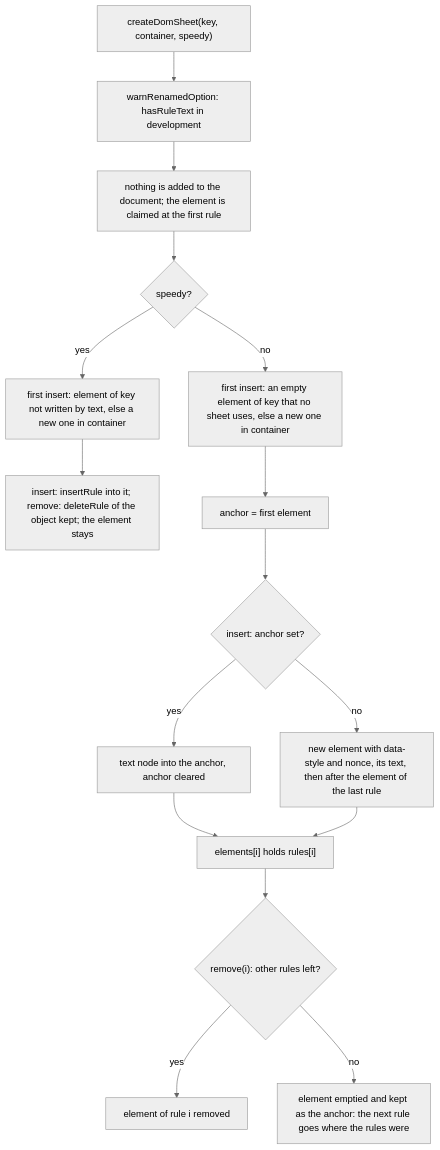
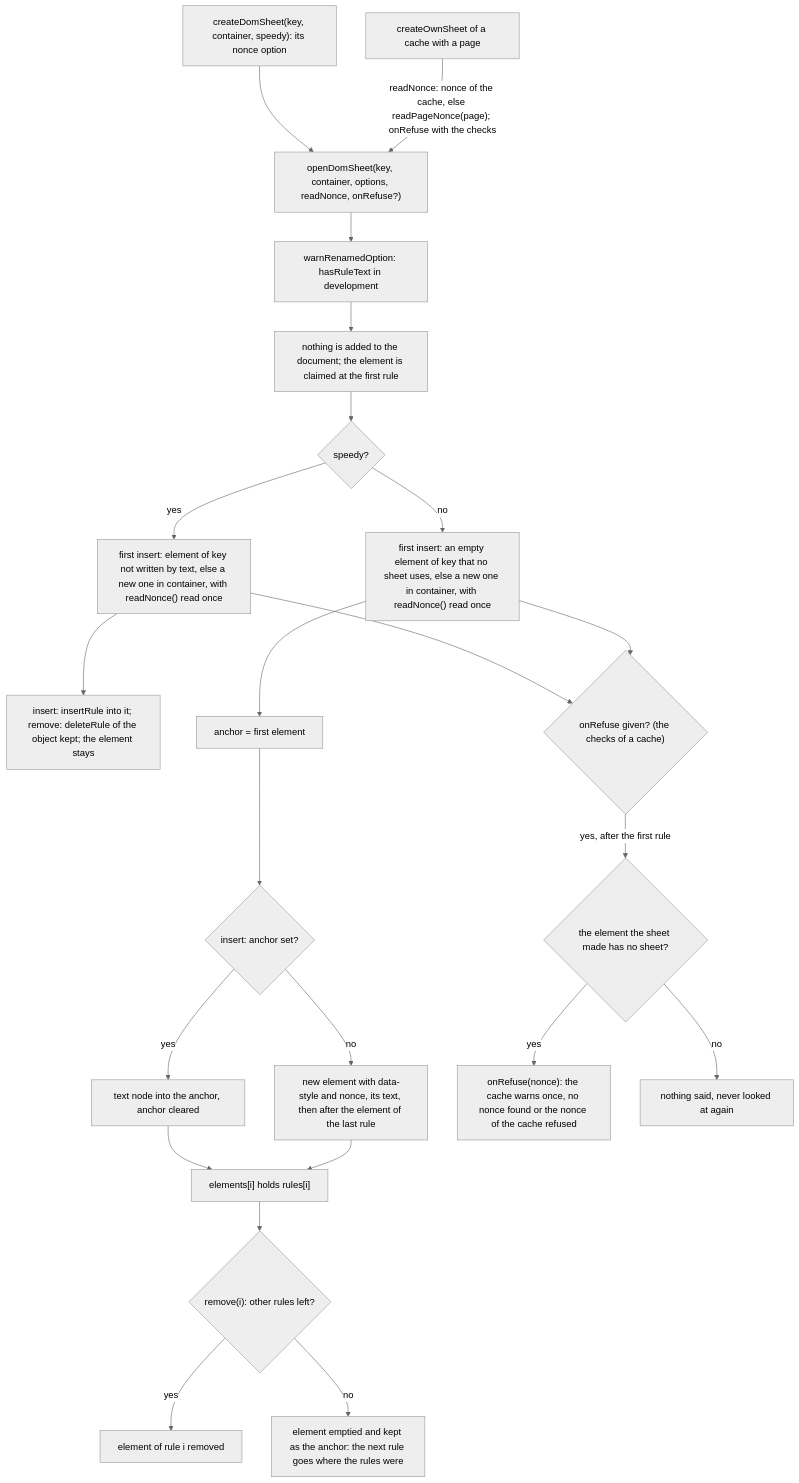
Before and after one commit to soroush-tech/umber-style: the third of 3 diagrams in packages/core/src/cache.md, drawn with Mermaid (neutral theme). The commit also changed other lines of this file and 42 other files, not shown here.

Commit message:
fix: a client component under a server ThemeProvider gets the base theme on every path, and the browser cache's style elements take the page's nonce, so styles built in the browser apply under a strict policy - close #71

````diff
--- a/packages/core/src/cache.md
+++ b/packages/core/src/cache.md
@@ -79,18 +79,25 @@
 ```mermaid
 flowchart TD
-  create["createDomSheet(key, container, speedy)"] --> renamed["warnRenamedOption: hasRuleText in development"]
+  create["createDomSheet(key, container, speedy): its nonce option"] --> openSheet["openDomSheet(key, container, options, readNonce, onRefuse?)"]
+  own["createOwnSheet of a cache with a page"] -->|"readNonce: nonce of the cache, else readPageNonce(page); onRefuse with the checks"| openSheet
+  openSheet --> renamed["warnRenamedOption: hasRuleText in development"]
   renamed --> nothing["nothing is added to the document; the element is claimed at the first rule"]
   nothing --> mode{"speedy?"}
-  mode -->|yes| ruleEl["first insert: element of key not written by text, else a new one in container"]
+  mode -->|yes| ruleEl["first insert: element of key not written by text, else a new one in container, with readNonce() read once"]
   ruleEl --> insertRule["insert: insertRule into it; remove: deleteRule of the object kept; the element stays"]
-  mode -->|no| firstEl["first insert: an empty element of key that no sheet uses, else a new one in container"]
+  mode -->|no| firstEl["first insert: an empty element of key that no sheet uses, else a new one in container, with readNonce() read once"]
   firstEl --> anchor["anchor = first element"]
   anchor --> ins{"insert: anchor set?"}
   ins -->|yes| intoAnchor["text node into the anchor, anchor cleared"]
   ins -->|no| newEl["new element with data-style and nonce, its text, then after the element of the last rule"]
   intoAnchor --> list["elements[i] holds rules[i]"]
   newEl --> list
   list --> rem{"remove(i): other rules left?"}
   rem -->|yes| drop["element of rule i removed"]
   rem -->|no| keep["element emptied and kept as the anchor: the next rule goes where the rules were"]
+  ruleEl --> watched{"onRefuse given? (the checks of a cache)"}
+  firstEl --> watched
+  watched -->|"yes, after the first rule"| refused{"the element the sheet made has no sheet?"}
+  refused -->|yes| warnOnce["onRefuse(nonce): the cache warns once, no nonce found or the nonce of the cache refused"]
+  refused -->|no| quiet["nothing said, never looked at again"]
 ```
````
